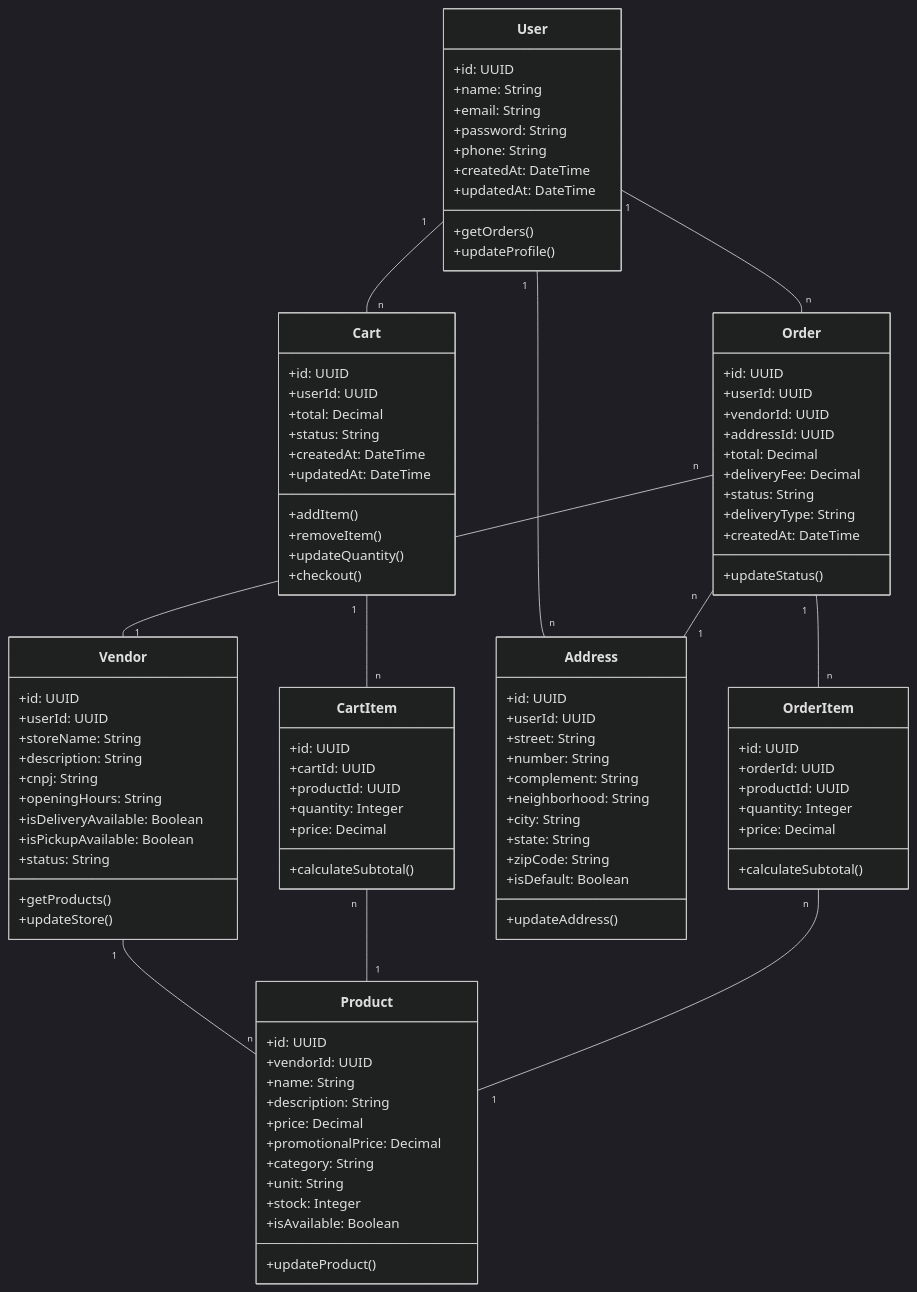
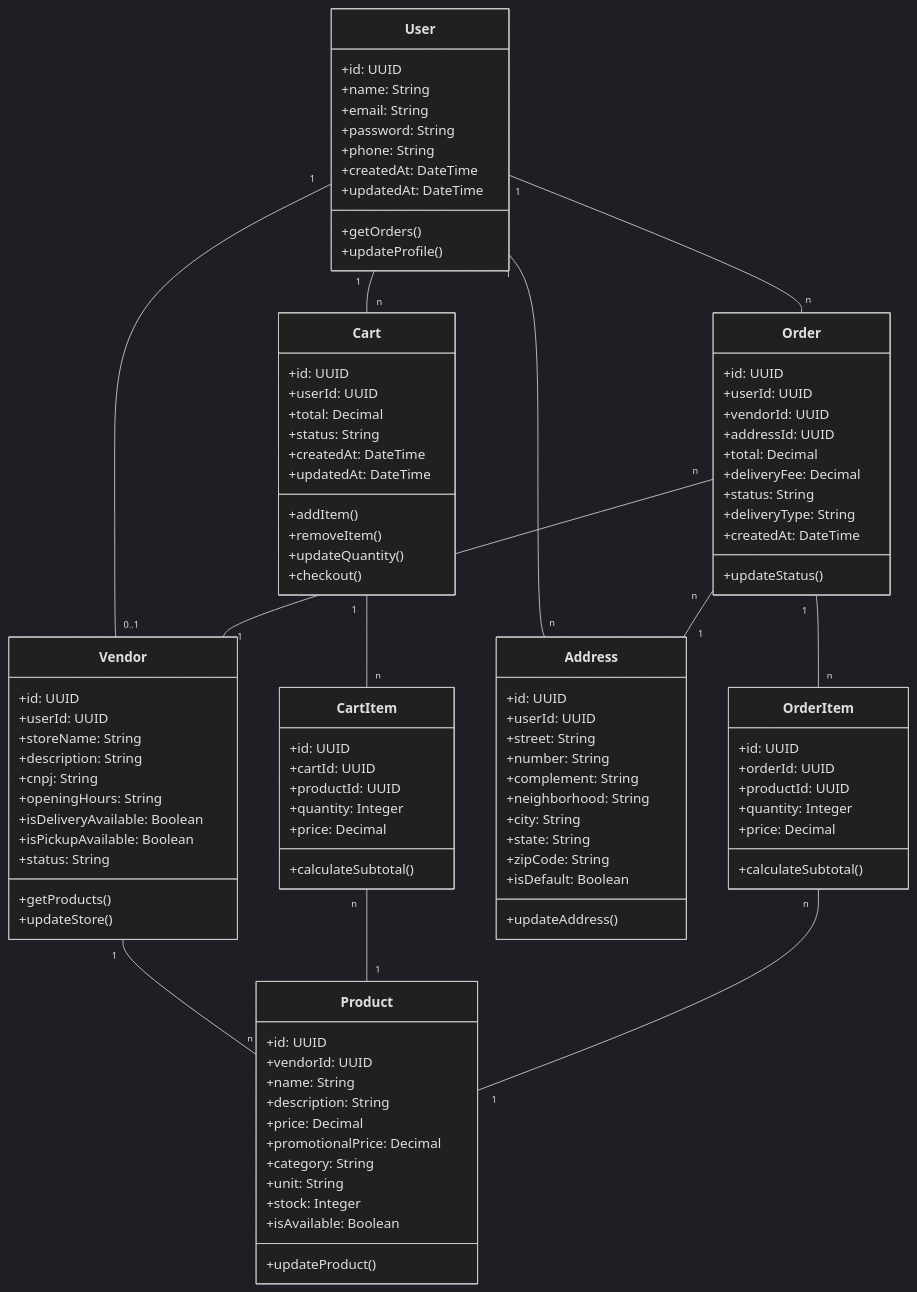
The first of 2 diagrams in README.md (RudhyDev/backend_demeters), drawn with Mermaid (dark theme) before and after one commit. The commit also changed other lines of this file and 12 other files, not shown here.

```diff
--- a/README.md
+++ b/README.md
@@ -149,6 +149,7 @@
     User "1" -- "n" Address
     User "1" -- "n" Cart
     User "1" -- "n" Order
+    User "1" -- "0..1" Vendor
     Vendor "1" -- "n" Product
     Cart "1" -- "n" CartItem
     CartItem "n" -- "1" Product
```
